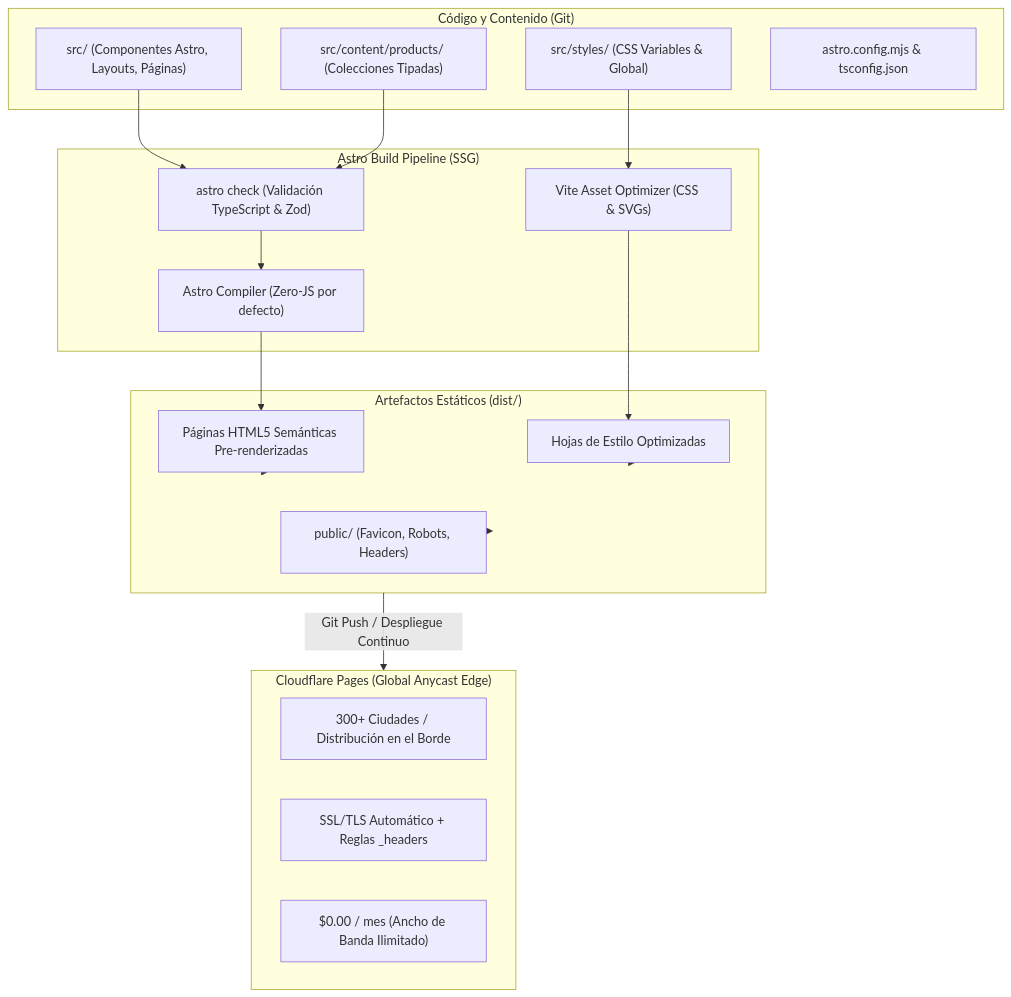
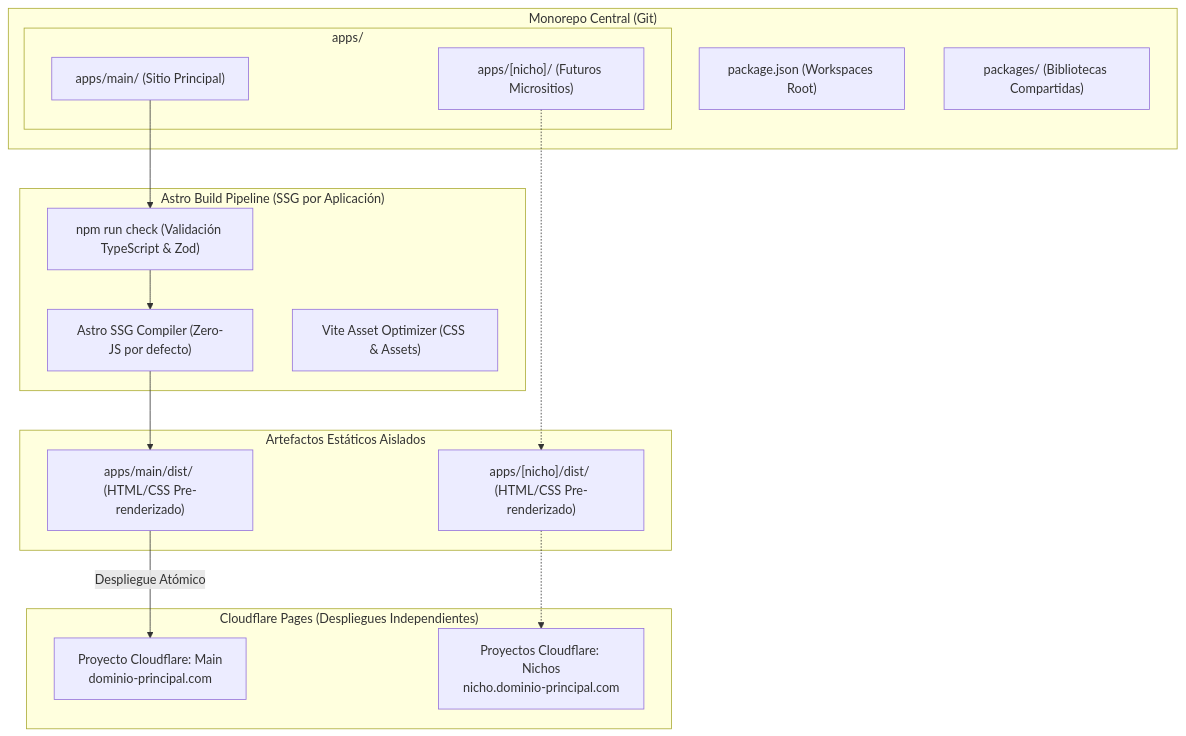
The diagram in docs/ARCHITECTURE.md (C-Emprende504/C-Emprende504), drawn with Mermaid before and after one commit. The commit also changed other lines of this file and 5 other files, not shown here.

Commit message:
docs(sprint-2): add multi-site strategy and update architecture for monorepo scalability

````diff
--- a/docs/ARCHITECTURE.md
+++ b/docs/ARCHITECTURE.md
@@ -15,38 +17,34 @@
 ```mermaid
 flowchart TD
-    subgraph Repo["Código y Contenido (Git)"]
-        Source["src/ (Componentes Astro, Layouts, Páginas)"]
-        Collections["src/content/products/ (Colecciones Tipadas)"]
-        Styles["src/styles/ (CSS Variables & Global)"]
-        Config["astro.config.mjs & tsconfig.json"]
+    subgraph Repo["Monorepo Central (Git)"]
+        RootPkg["package.json (Workspaces Root)"]
+        Packages["packages/ (Bibliotecas Compartidas)"]
+        subgraph Apps["apps/"]
+            MainSrc["apps/main/ (Sitio Principal)"]
+            FutureApps["apps/[nicho]/ (Futuros Micrositios)"]
+        end
     end
 
-    subgraph Build["Astro Build Pipeline (SSG)"]
-        TypeCheck["astro check (Validación TypeScript & Zod)"]
-        Compiler["Astro Compiler (Zero-JS por defecto)"]
-        Vite["Vite Asset Optimizer (CSS & SVGs)"]
+    subgraph Build["Astro Build Pipeline (SSG por Aplicación)"]
+        TypeCheck["npm run check (Validación TypeScript & Zod)"]
+        Compiler["Astro SSG Compiler (Zero-JS por defecto)"]
+        Vite["Vite Asset Optimizer (CSS & Assets)"]
     end
 
-    subgraph Dist["Artefactos Estáticos (dist/)"]
-        HTML["Páginas HTML5 Semánticas Pre-renderizadas"]
-        CSS["Hojas de Estilo Optimizadas"]
-        StaticAssets["public/ (Favicon, Robots, Headers)"]
+    subgraph Dist["Artefactos Estáticos Aislados"]
+        MainDist["apps/main/dist/ (HTML/CSS Pre-renderizado)"]
+        FutureDist["apps/[nicho]/dist/ (HTML/CSS Pre-renderizado)"]
     end
 
-    subgraph Edge["Cloudflare Pages (Global Anycast Edge)"]
-        CDN["300+ Ciudades / Distribución en el Borde"]
-        Security["SSL/TLS Automático + Reglas _headers"]
-        Cost["$0.00 / mes (Ancho de Banda Ilimitado)"]
+    subgraph Edge["Cloudflare Pages (Despliegues Independientes)"]
+        CFMain["Proyecto Cloudflare: Main<br>dominio-principal.com"]
+        CFFuture["Proyectos Cloudflare: Nichos<br>nicho.dominio-principal.com"]
     end
 
-    Source --> TypeCheck
-    Collections --> TypeCheck
+    MainSrc --> TypeCheck
     TypeCheck --> Compiler
-    Styles --> Vite
-    Compiler --> HTML
-    Vite --> CSS
-    StaticAssets --> Dist
-    HTML --> Dist
-    CSS --> Dist
-    Dist -->|Git Push / Despliegue Continuo| Edge
+    Compiler --> MainDist
+    MainDist -->|Despliegue Atómico| CFMain
+    FutureApps -.-> FutureDist
+    FutureDist -.-> CFFuture
 ```
````
